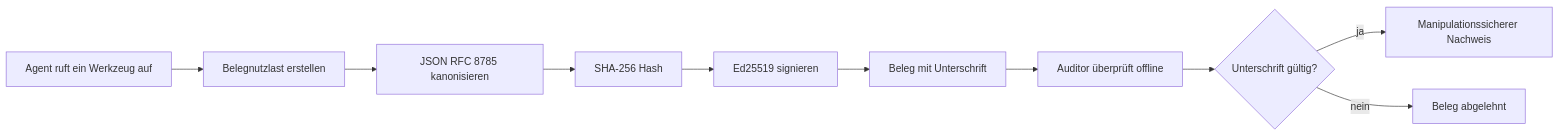
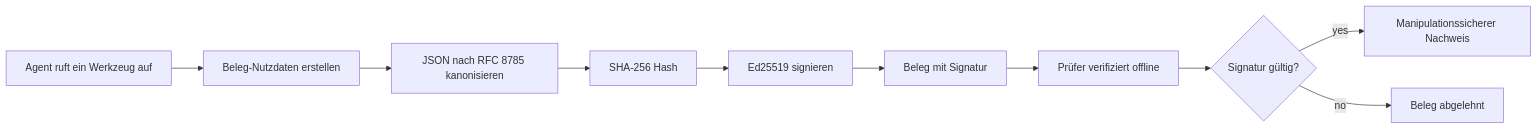
One commit to gabrielmoreira/agent-skills-mirror changed the first of 2 diagrams in mirrors/repos/microsoft@ai-agents-for-beginners/translations/de/18-securing-ai-agents/README.md. Above: the diagram before and after it, drawn with Mermaid. The commit also changed other lines of this file and 4482 other files, not shown here.

````diff
--- a/mirrors/repos/microsoft@ai-agents-for-beginners/translations/de/18-securing-ai-agents/README.md
+++ b/mirrors/repos/microsoft@ai-agents-for-beginners/translations/de/18-securing-ai-agents/README.md
@@ -51,12 +51,12 @@
 ```mermaid
 flowchart LR
-    A[Agent ruft ein Werkzeug auf] --> B[Belegnutzlast erstellen]
-    B --> C[JSON RFC 8785 kanonisieren]
+    A[Agent ruft ein Werkzeug auf] --> B[Beleg-Nutzdaten erstellen]
+    B --> C[JSON nach RFC 8785 kanonisieren]
     C --> D[SHA-256 Hash]
     D --> E[Ed25519 signieren]
-    E --> F[Beleg mit Unterschrift]
-    F --> G[Auditor überprüft offline]
-    G --> H{Unterschrift gültig?}
-    H -- ja --> I[Manipulationssicherer Nachweis]
-    H -- nein --> J[Beleg abgelehnt]
+    E --> F[Beleg mit Signatur]
+    F --> G[Prüfer verifiziert offline]
+    G --> H{Signatur gültig?}
+    H -- yes --> I[Manipulationssicherer Nachweis]
+    H -- no --> J[Beleg abgelehnt]
 ```
````
